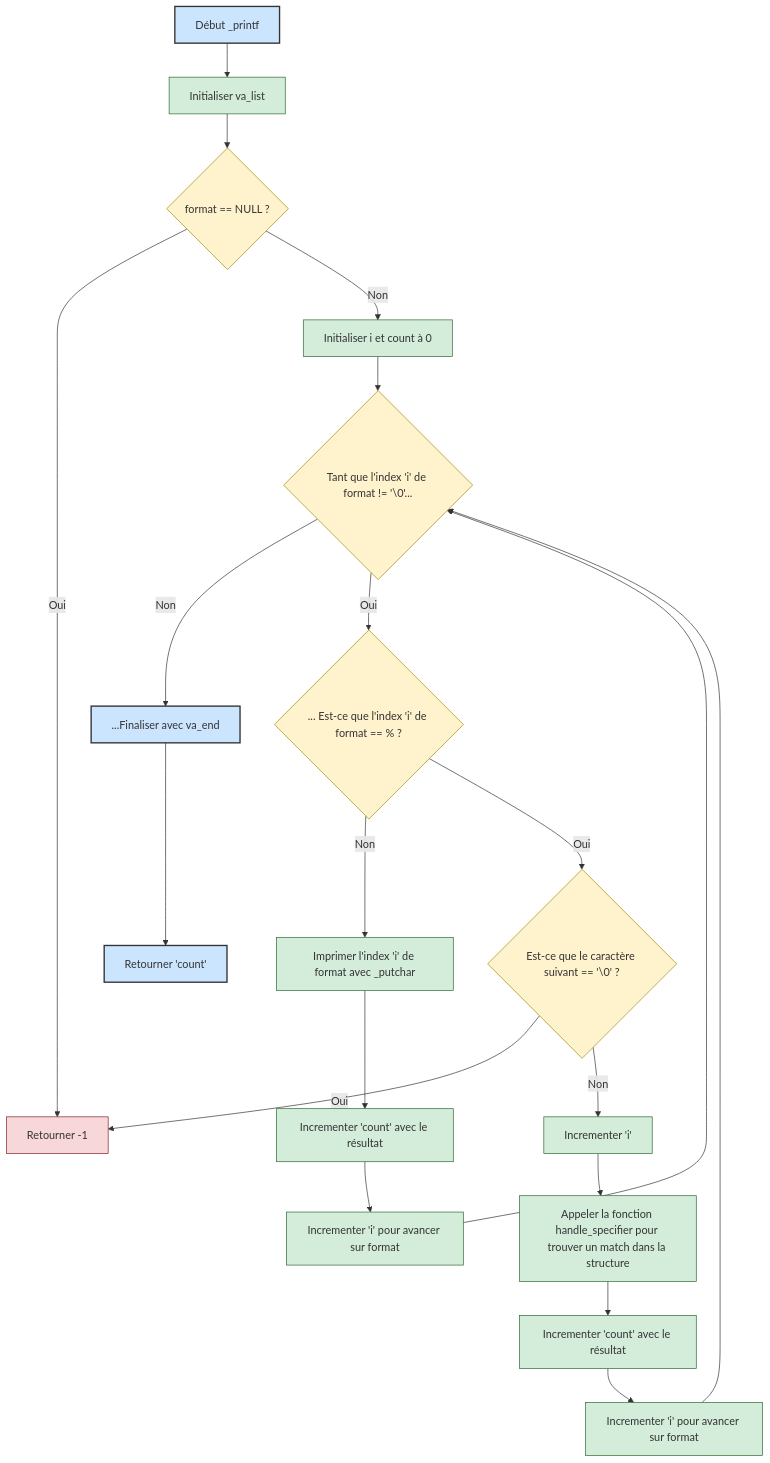
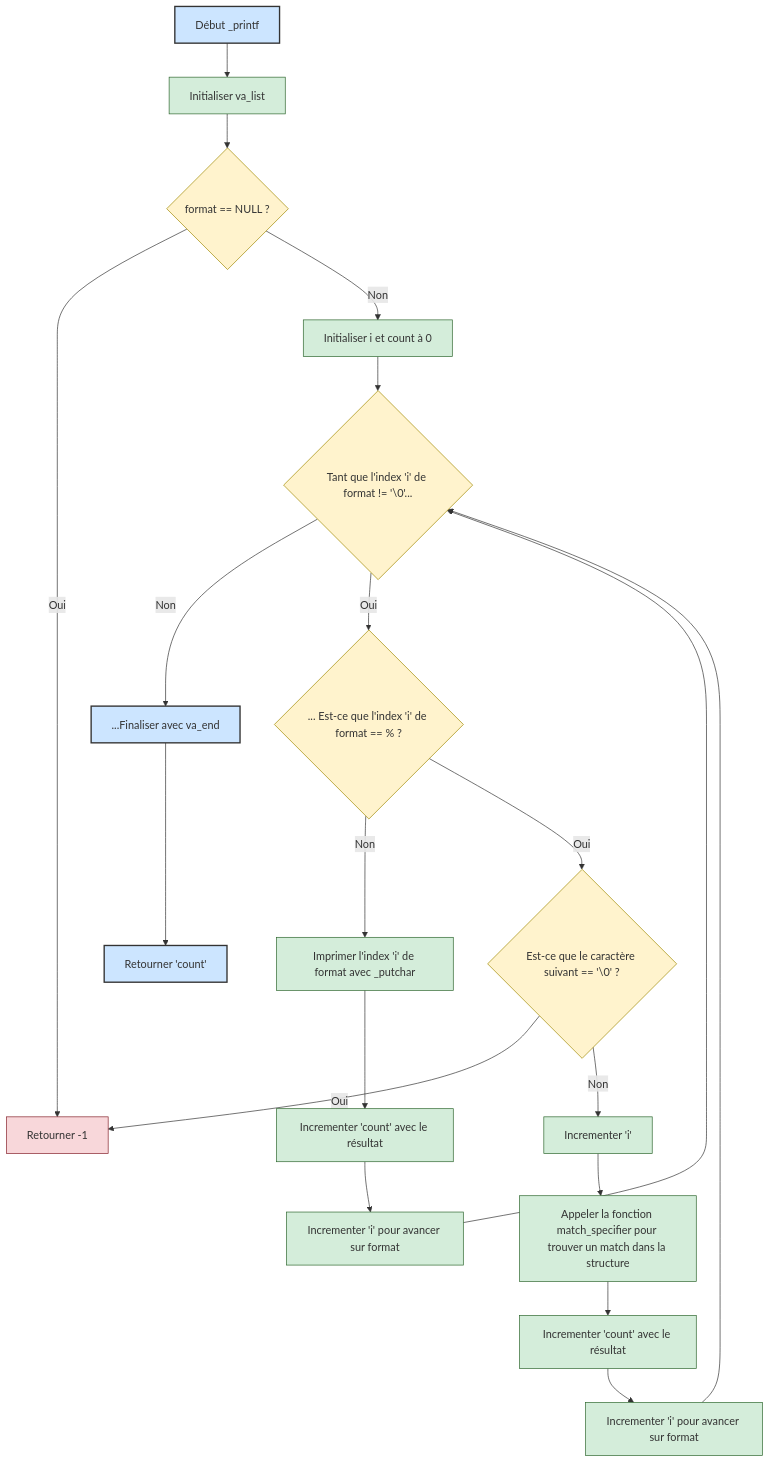
The diagram in README.md (GuarickGit/holbertonschool-printf), drawn with Mermaid before and after one commit.

Commit message:
README.md update file : Correction handle_specifier to match_specifier

````diff
--- a/README.md
+++ b/README.md
@@ -38,38 +38,38 @@
 ```mermaid
 %%{init: {'theme': 'default', 'themeVariables': {'primaryTextColor': '#000'}}}%%
 flowchart  TD
 %% Noeuds
     A[Début _printf] --> B[Initialiser va_list]
     B --> C{format == NULL ?}
     C -- Oui --> D[Retourner -1]
     C -- Non --> E[Initialiser i et count à 0]
     E --> F{Tant que l'index 'i' de format != '\0'...}
 
     F -- Non --> M[...Finaliser avec va_end] --> N[Retourner 'count']
 
     F -- Oui --> G{... Est-ce que l'index 'i' de format == % ?}
 
     G -- Non --> H[Imprimer l'index 'i' de format avec _putchar]
     H --> I[Incrementer 'count' avec le résultat]
     I --> J[Incrementer 'i' pour avancer sur format]
     J --> F
 
     G -- Oui --> K{Est-ce que le caractère suivant == '\0' ?}
     K -- Oui --> D
     K -- Non --> L[Incrementer 'i']
-    L --> O[Appeler la fonction handle_specifier pour trouver un match dans la structure]
+    L --> O[Appeler la fonction match_specifier pour trouver un match dans la structure]
     O --> P[Incrementer 'count' avec le résultat]
     P --> Q[Incrementer 'i' pour avancer sur format]
     Q --> F
 
     %% Styles
     classDef startend fill:#cce5ff,stroke:#333,stroke-width:2;
     classDef step fill:#d4edda,stroke:#2d662d,stroke-width:1;
     classDef decision fill:#fff3cd,stroke:#a08900,stroke-width:1;
     classDef error fill:#f8d7da,stroke:#842029,stroke-width:1;
 
     class A,N,M startend;
     class B,E,H,I,J,L,O,P,Q step;
     class C,F,G,K decision;
     class D error;
 ```
````
